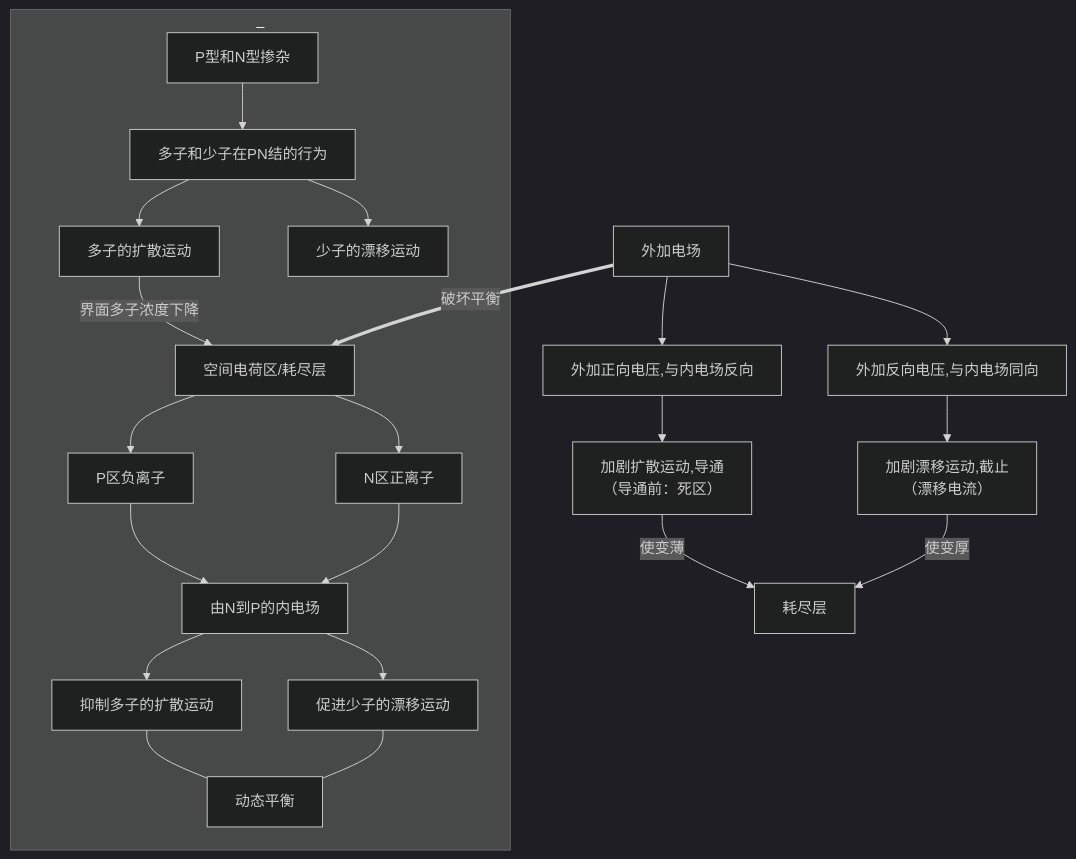
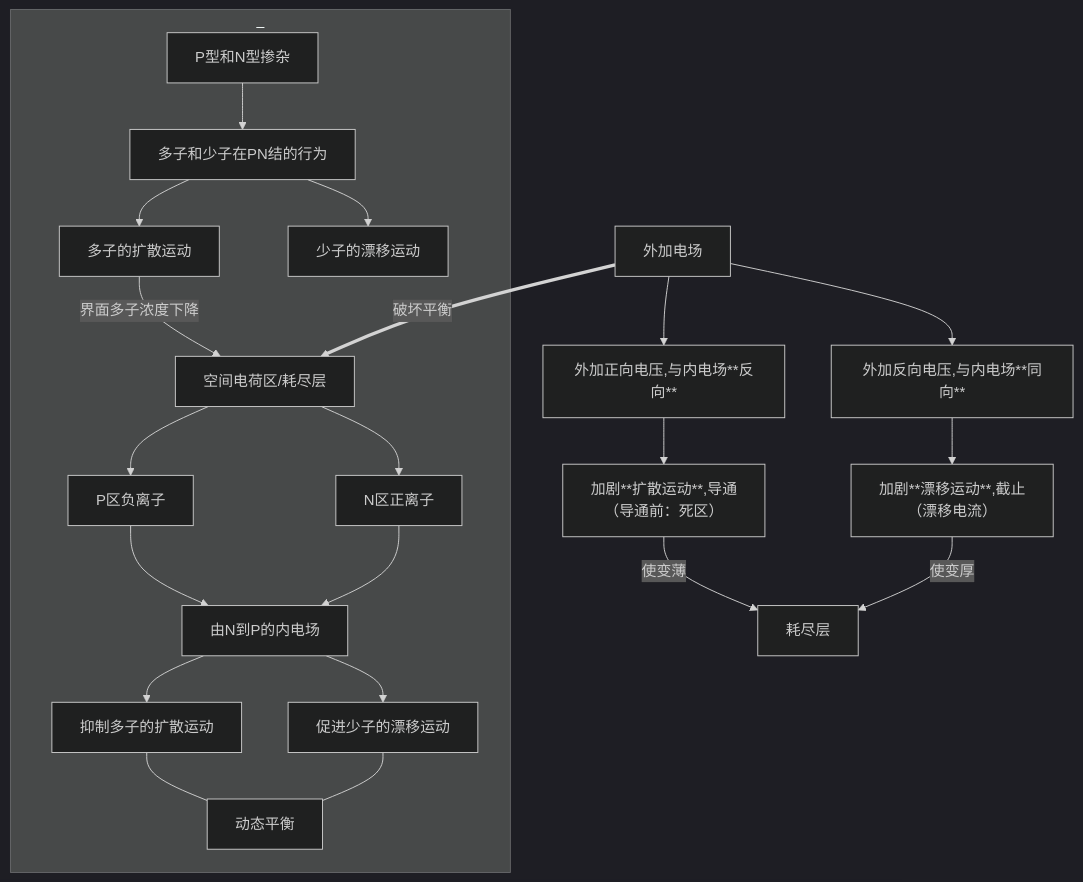
One commit to dumixthestpd/Electronics-Devices-and-Circuit-Theory-Notes-CN changed the second of 2 diagrams in notes/ch1/ch1n.md. Above: the diagram before and after it, drawn with Mermaid (dark theme). The commit also changed other lines of this file and 8 other files, not shown here.

````diff
--- a/notes/ch1/ch1n.md
+++ b/notes/ch1/ch1n.md
@@ -42,23 +42,24 @@
 ```mermaid
 flowchart TB
 
 
 subgraph _
 
 A[多子的扩散运动] 
 B[少子的漂移运动]
 
 P型和N型掺杂 --> 多子和少子在PN结的行为 --> A & B
 
 A --> |界面多子浓度下降| 空间电荷区/耗尽层 --> P区负离子 & N区正离子 --> C[由N到P的内电场]
 
 C --> 抑制多子的扩散运动 & 促进少子的漂移运动 --- 动态平衡
 end
 
 
 
 外加电场 ==>|破坏平衡| 空间电荷区/耗尽层
-外加电场 --> 外加正向电压,与内电场反向 --> D1[加剧扩散运动,导通</br>（导通前：死区）] -->|使变薄|D
-外加电场 --> 外加反向电压,与内电场同向 --> D2[加剧漂移运动,截止</br>（漂移电流）] -->|使变厚|D
+外加电场 --> 外加正向电压,与内电场**反向** --> D1[加剧**扩散运动**,导通</br>（导通前：死区）] -->|使变薄|D
+外加电场 --> 外加反向电压,与内电场**同向** --> D2[加剧**漂移运动**,截止</br>（漂移电流）] -->|使变厚|D
+
 D[耗尽层]
 ```
````
